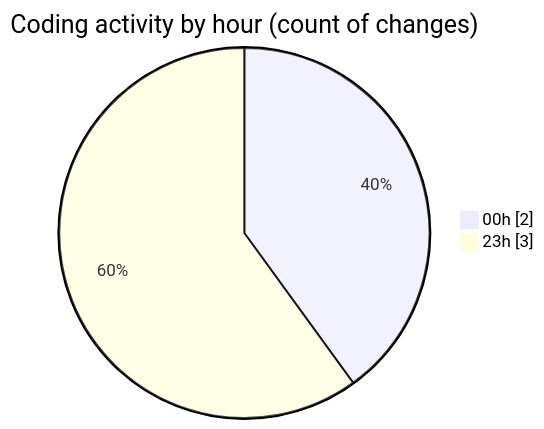
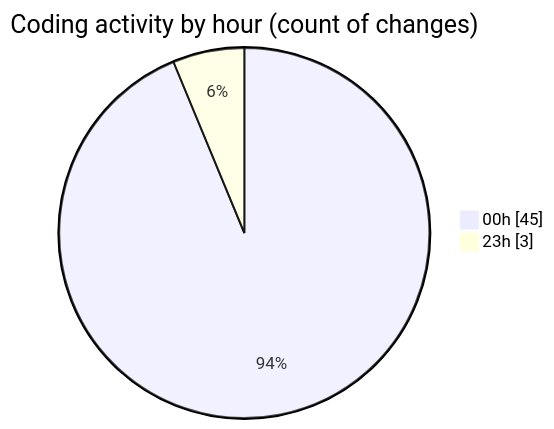
Before and after one commit to Ritupan-Deka/code-tracking: the second of 2 diagrams in 2025-07-29/javascript/README.md, drawn with Mermaid. The commit also changed other lines of this file and 1 other file, not shown here.

````diff
--- a/2025-07-29/javascript/README.md
+++ b/2025-07-29/javascript/README.md
@@ -28,6 +28,6 @@
 ```mermaid
 pie showData
 title Coding activity by hour (count of changes)
-"00h" : 2
+"00h" : 45
 "23h" : 3
 ```
````
